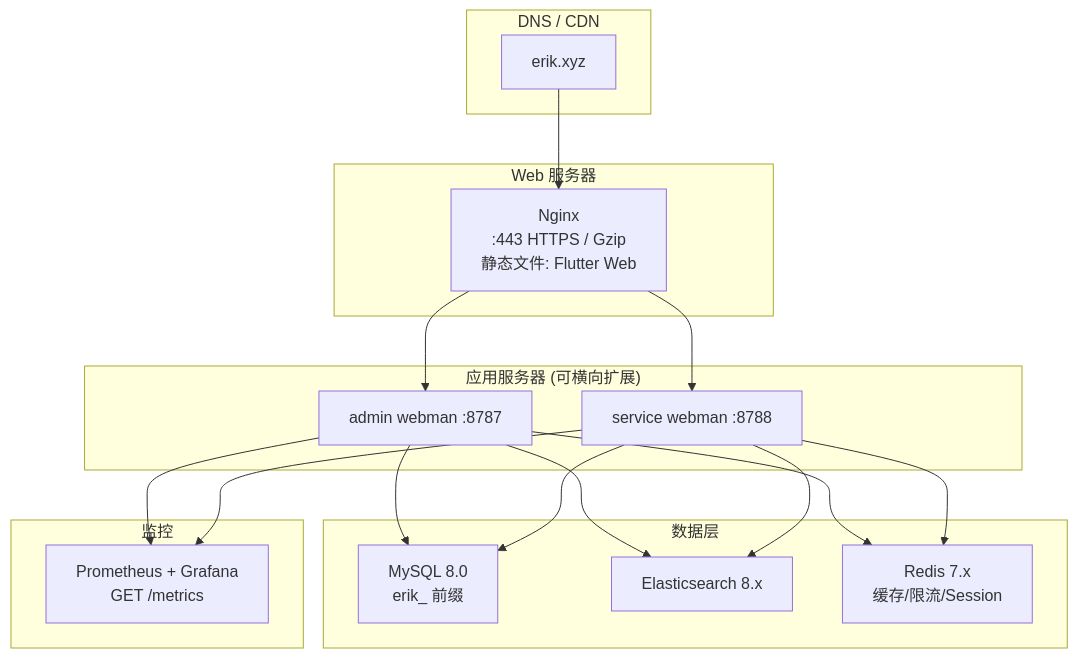
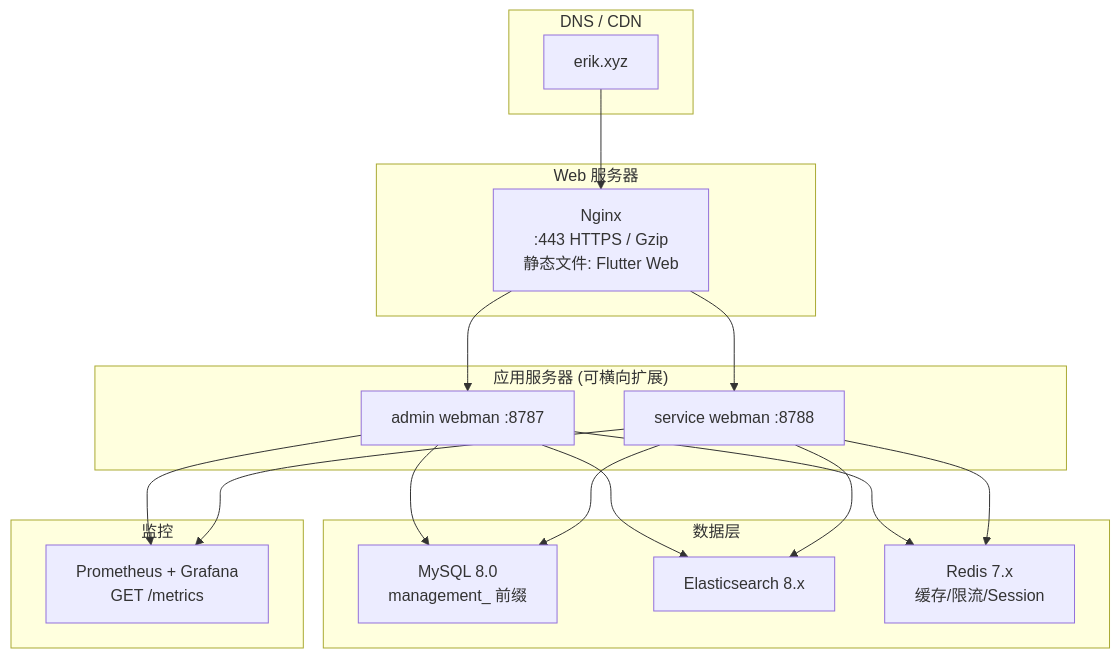
One commit to erikwang2013/property-management-platform changed the ninth of 10 diagrams in docs/i18n/ko/docs/ARCHITECTURE.md. Above: the diagram before and after it, drawn with Mermaid. The commit also changed other lines of this file and 347 other files, not shown here.

````diff
--- a/docs/i18n/ko/docs/ARCHITECTURE.md
+++ b/docs/i18n/ko/docs/ARCHITECTURE.md
@@ -367,30 +367,30 @@
 ```mermaid
 flowchart TB
     subgraph "DNS / CDN"
         DNS["erik.xyz"]
     end
 
     subgraph "Web 服务器"
         NGX["Nginx<br/>:443 HTTPS / Gzip<br/>静态文件: Flutter Web"]
     end
 
     subgraph "应用服务器 (可横向扩展)"
         WM1["admin webman :8787"]
         WM2["service webman :8788"]
     end
 
     subgraph "数据层"
-        MYSQL["MySQL 8.0<br/>erik_ 前缀"]
+        MYSQL["MySQL 8.0<br/>management_ 前缀"]
         ES["Elasticsearch 8.x"]
         REDIS["Redis 7.x<br/>缓存/限流/Session"]
     end
 
     subgraph "监控"
         MON["Prometheus + Grafana<br/>GET /metrics"]
     end
 
     DNS --> NGX
     NGX --> WM1 & WM2
     WM1 & WM2 --> MYSQL & ES & REDIS
     WM1 & WM2 --> MON
 ```
````
